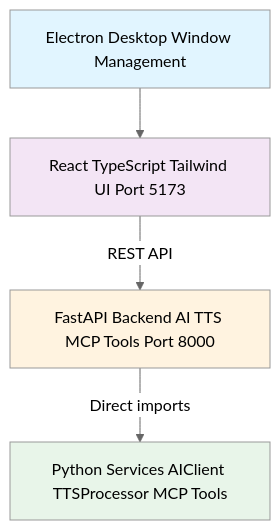
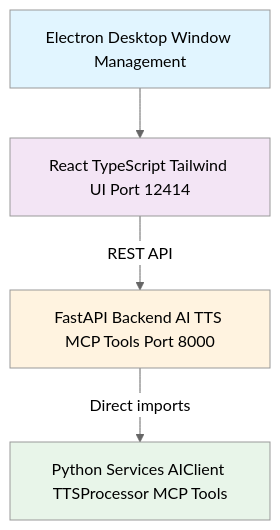
One commit to AmreetKumarkhuntia/knik changed the diagram in docs/guides/web-app.md. Above: the diagram before and after it, drawn with Mermaid (neutral theme). The commit also changed other lines of this file and 30 other files, not shown here.

````diff
--- a/docs/guides/web-app.md
+++ b/docs/guides/web-app.md
@@ -9,11 +9,11 @@
 ```mermaid
 flowchart TD
-    A[Electron Desktop Window Management] --> B[React TypeScript Tailwind UI Port 5173]
+    A[Electron Desktop Window Management] --> B[React TypeScript Tailwind UI Port 12414]
     B -->|REST API| C[FastAPI Backend AI TTS MCP Tools Port 8000]
     C -->|Direct imports| D[Python Services AIClient TTSProcessor MCP Tools]
 
     style A fill:#e1f5ff
     style B fill:#f3e5f5
     style C fill:#fff3e0
     style D fill:#e8f5e9
 ```
````
